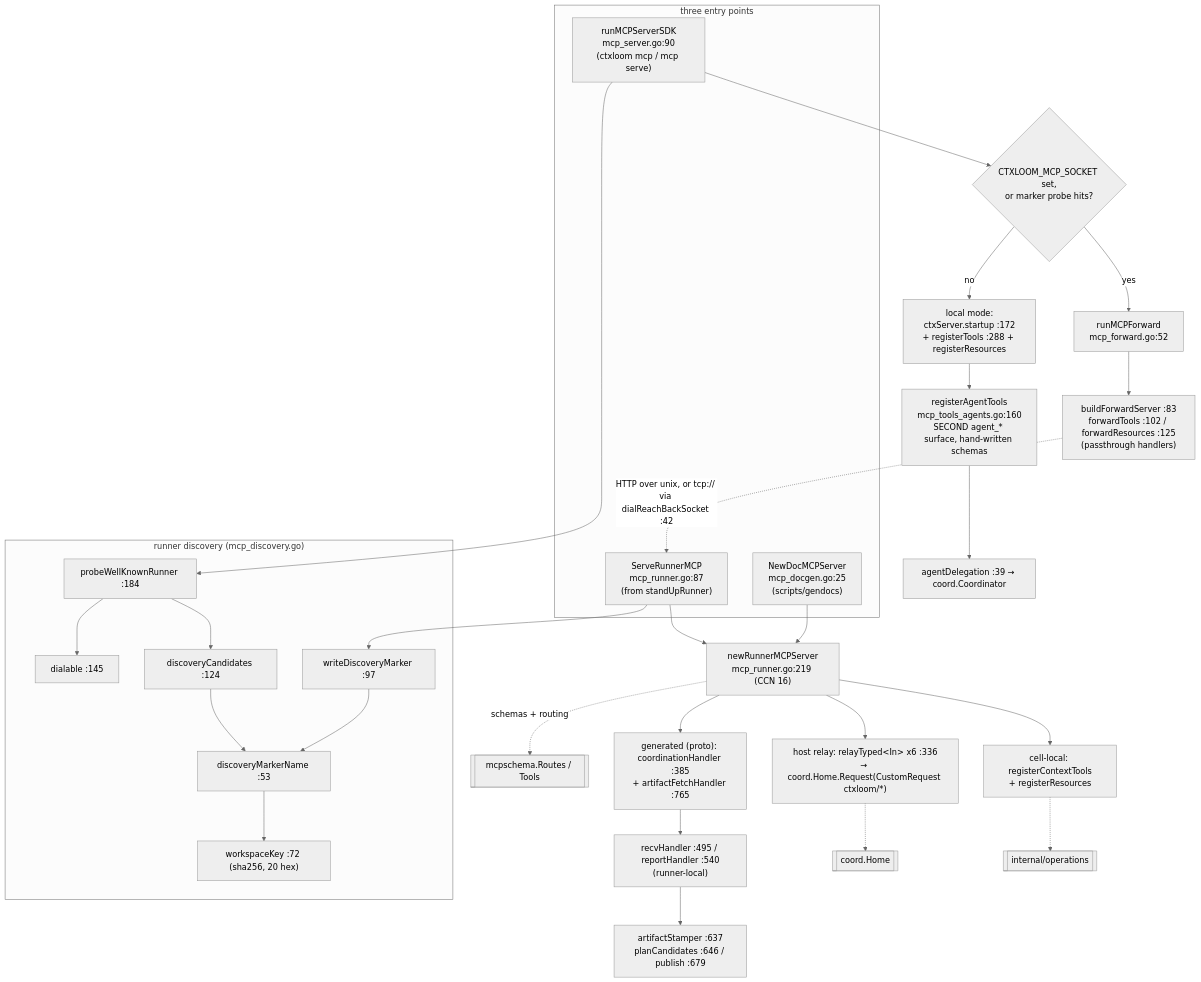
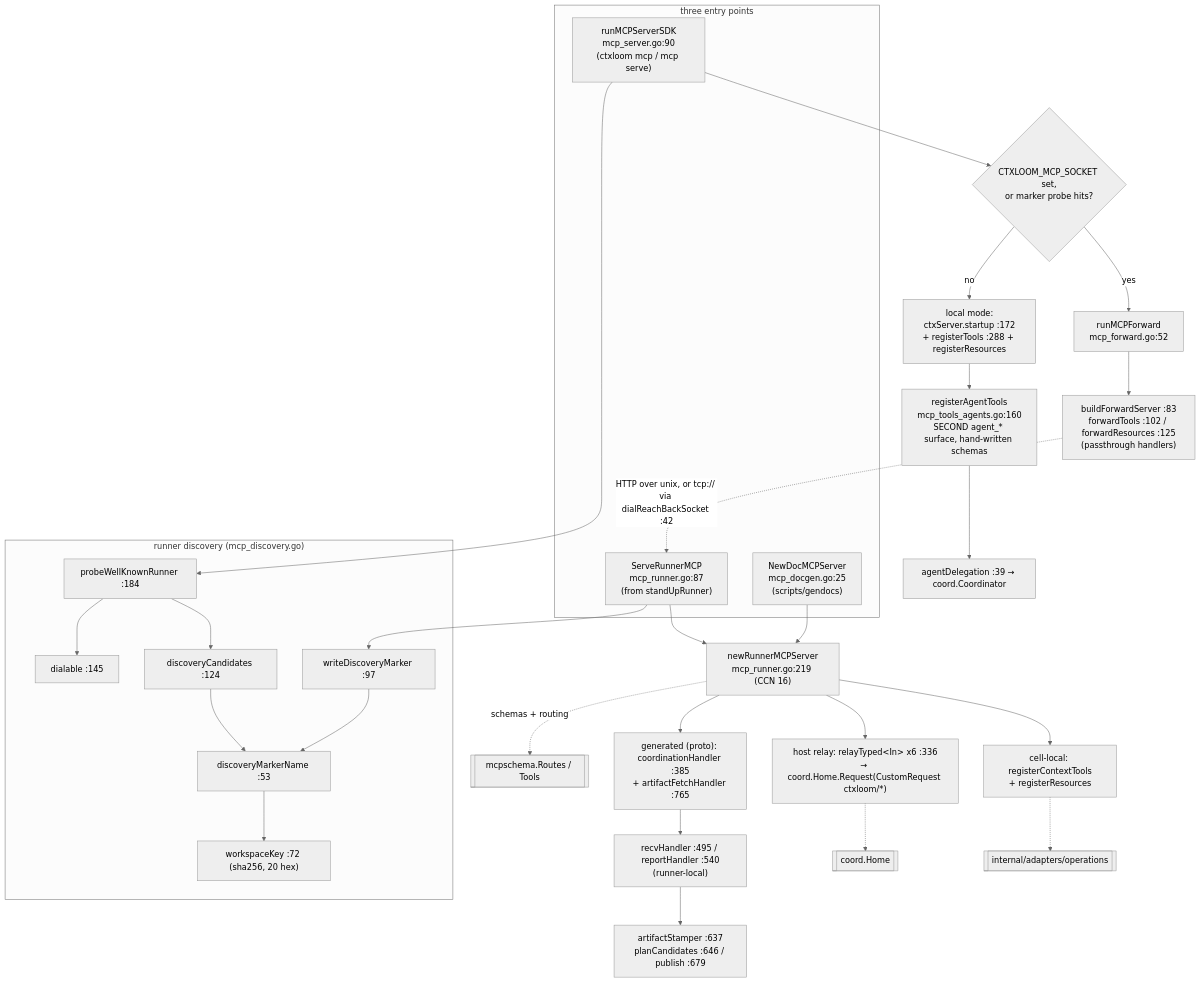
One commit to ctxloom/ctxloom changed the diagram in docs/architecture/cli/mcp.md. Above: the diagram before and after it, drawn with Mermaid (neutral theme). The commit also changed other lines of this file and 2489 other files, not shown here.

First line of the commit message:
refactor(arch): move the adapters ring into internal/adapters

````diff
--- a/docs/architecture/cli/mcp.md
+++ b/docs/architecture/cli/mcp.md
@@ -19,39 +19,39 @@
 ```mermaid
 flowchart TD
     subgraph entry["three entry points"]
         A["runMCPServerSDK<br/>mcp_server.go:90<br/>(ctxloom mcp / mcp serve)"]
         B["ServeRunnerMCP<br/>mcp_runner.go:87<br/>(from standUpRunner)"]
         C["NewDocMCPServer<br/>mcp_docgen.go:25<br/>(scripts/gendocs)"]
     end
 
     A --> TRI{"CTXLOOM_MCP_SOCKET set,<br/>or marker probe hits?"}
     TRI -->|yes| F["runMCPForward<br/>mcp_forward.go:52"]
     TRI -->|no| L["local mode:<br/>ctxServer.startup :172<br/>+ registerTools :288 + registerResources"]
 
     F --> FS["buildForwardServer :83<br/>forwardTools :102 / forwardResources :125<br/>(passthrough handlers)"]
     FS -.->|"HTTP over unix, or tcp:// via dialReachBackSocket :42"| B
 
     B --> N["newRunnerMCPServer<br/>mcp_runner.go:219 (CCN 16)"]
     C --> N
 
     N --> R1["cell-local: registerContextTools<br/>+ registerResources"]
     N --> R2["host relay: relayTyped&lt;In&gt; x6 :336<br/>→ coord.Home.Request(CustomRequest ctxloom/*)"]
     N --> R3["generated (proto): coordinationHandler :385<br/>+ artifactFetchHandler :765"]
     R3 --> RH["recvHandler :495 / reportHandler :540<br/>(runner-local)"]
     RH --> ST["artifactStamper :637<br/>planCandidates :646 / publish :679"]
 
     L --> AT["registerAgentTools<br/>mcp_tools_agents.go:160<br/>SECOND agent_* surface, hand-written schemas"]
     AT --> AD["agentDelegation :39 → coord.Coordinator"]
 
     N -.->|"schemas + routing"| MS[["mcpschema.Routes / Tools"]]
-    R1 -.-> OPS[["internal/operations"]]
+    R1 -.-> OPS[["internal/adapters/operations"]]
     R2 -.-> HOME[["coord.Home"]]
 
     subgraph disc["runner discovery (mcp_discovery.go)"]
         WDM["writeDiscoveryMarker :97"] --> DMN["discoveryMarkerName :53"] --> WK["workspaceKey :72 (sha256, 20 hex)"]
         PWK["probeWellKnownRunner :184"] --> DC["discoveryCandidates :124"] --> DMN
         PWK --> DIAL["dialable :145"]
     end
     B --> WDM
     A --> PWK
 ```
````
